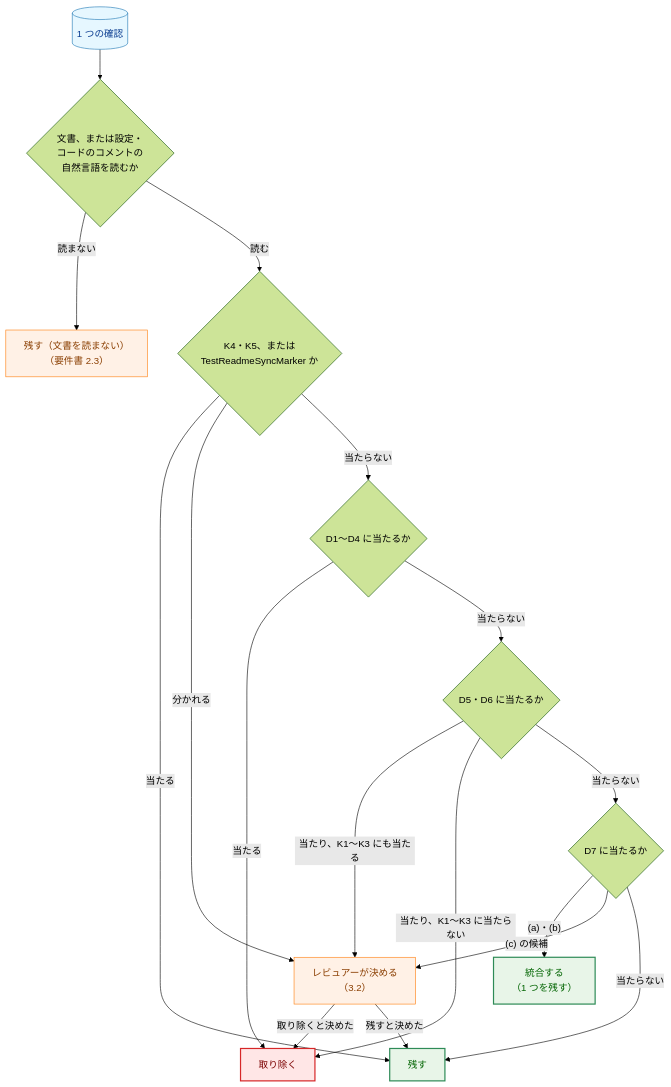
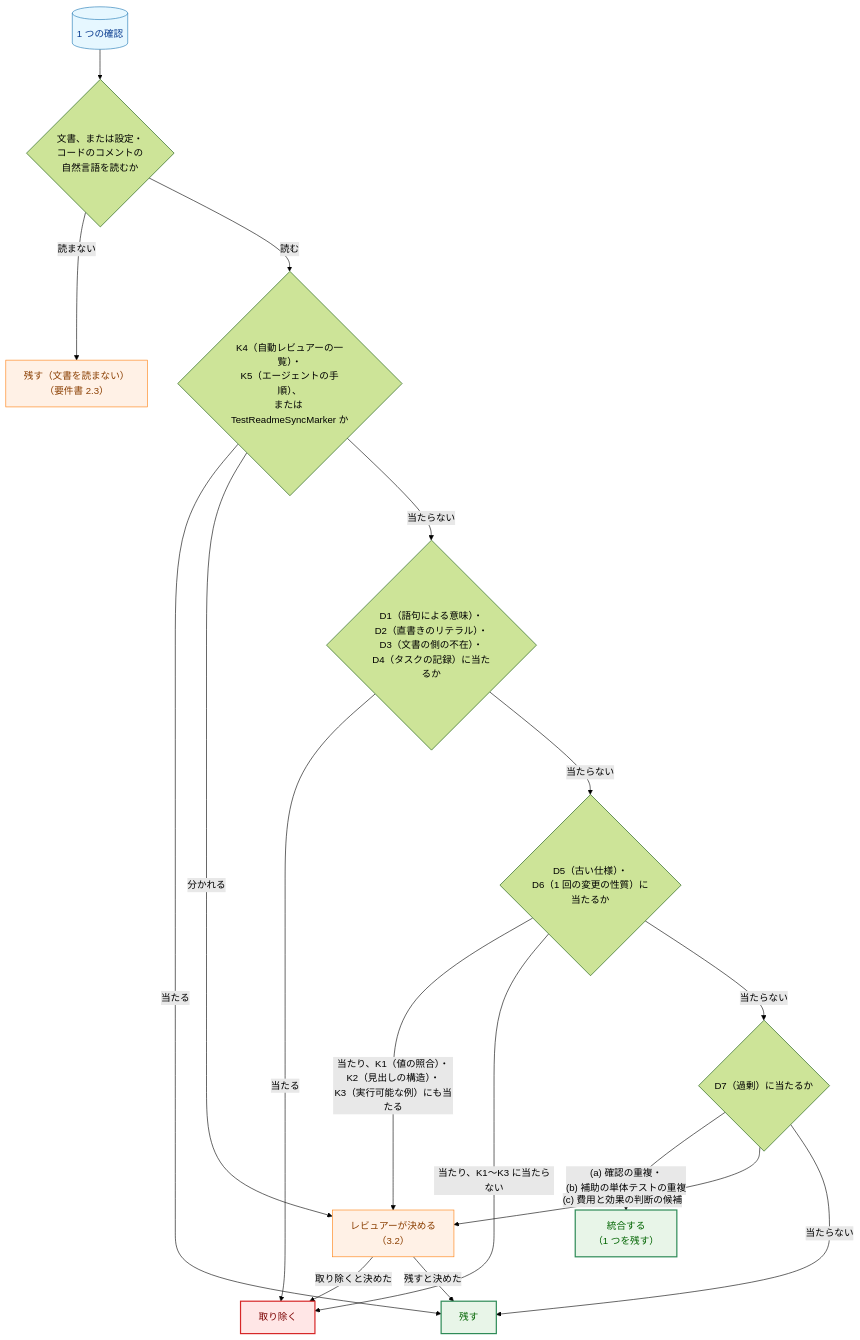
One commit to isseis/yt2column changed the first of 10 diagrams in docs/tasks/0052_doc_test_pruning/02_architecture.md. Above: the diagram before and after it, drawn with Mermaid (forest theme).

Commit message:
docs(0052): name each criterion in the 1.3 decision diagram
Add a short description to each K/D label in the concept-model flowchart
(for example D5 as 古い仕様, D7 (c) as 費用と効果の判断) so the diagram
reads without the requirements' F-001 at hand. No decision changed.

````diff
--- a/docs/tasks/0052_doc_test_pruning/02_architecture.md
+++ b/docs/tasks/0052_doc_test_pruning/02_architecture.md
@@ -61,30 +61,30 @@
 ```mermaid
 flowchart TD
     classDef data fill:#e6f7ff,stroke:#1f77b4,stroke-width:1px,color:#0b3d91;
     classDef process fill:#fff1e6,stroke:#ff7f0e,stroke-width:1px,color:#8a3e00;
     classDef enhanced fill:#e8f5e8,stroke:#2e8b57,stroke-width:2px,color:#006400;
     classDef problem fill:#ffe6e6,stroke:#d62728,stroke-width:2px,color:#7b0000;
 
     C[("1 つの確認")] --> Q0{"文書、または設定・<br>コードのコメントの<br>自然言語を読むか"}
     Q0 -->|"読まない"| OOS["残す（文書を読まない）<br>（要件書 2.3）"]
-    Q0 -->|"読む"| Q1{"K4・K5、または<br>TestReadmeSyncMarker か"}
+    Q0 -->|"読む"| Q1{"K4（自動レビュアーの一覧）・<br>K5（エージェントの手順）、<br>または TestReadmeSyncMarker か"}
     Q1 -->|"当たる"| KEEP["残す"]
     Q1 -->|"分かれる"| JUDGE["レビュアーが決める<br>（3.2）"]
-    Q1 -->|"当たらない"| Q2{"D1〜D4 に当たるか"}
+    Q1 -->|"当たらない"| Q2{"D1（語句による意味）・<br>D2（直書きのリテラル）・<br>D3（文書の側の不在）・<br>D4（タスクの記録）に当たるか"}
     Q2 -->|"当たる"| DEL["取り除く"]
-    Q2 -->|"当たらない"| Q3{"D5・D6 に当たるか"}
-    Q3 -->|"当たり、K1〜K3 にも当たる"| JUDGE
+    Q2 -->|"当たらない"| Q3{"D5（古い仕様）・<br>D6（1 回の変更の性質）に当たるか"}
+    Q3 -->|"当たり、K1（値の照合）・K2（見出しの構造）・<br>K3（実行可能な例）にも当たる"| JUDGE
     Q3 -->|"当たり、K1〜K3 に当たらない"| DEL
-    Q3 -->|"当たらない"| Q4{"D7 に当たるか"}
-    Q4 -->|"(a)・(b)"| MERGE["統合する<br>（1 つを残す）"]
-    Q4 -->|"(c) の候補"| JUDGE
+    Q3 -->|"当たらない"| Q4{"D7（過剰）に当たるか"}
+    Q4 -->|"(a) 確認の重複・<br>(b) 補助の単体テストの重複"| MERGE["統合する<br>（1 つを残す）"]
+    Q4 -->|"(c) 費用と効果の判断の候補"| JUDGE
     Q4 -->|"当たらない"| KEEP
     JUDGE -->|"取り除くと決めた"| DEL
     JUDGE -->|"残すと決めた"| KEEP
 
     class C data
     class OOS process
     class KEEP,MERGE enhanced
     class JUDGE process
     class DEL problem
 ```
````
